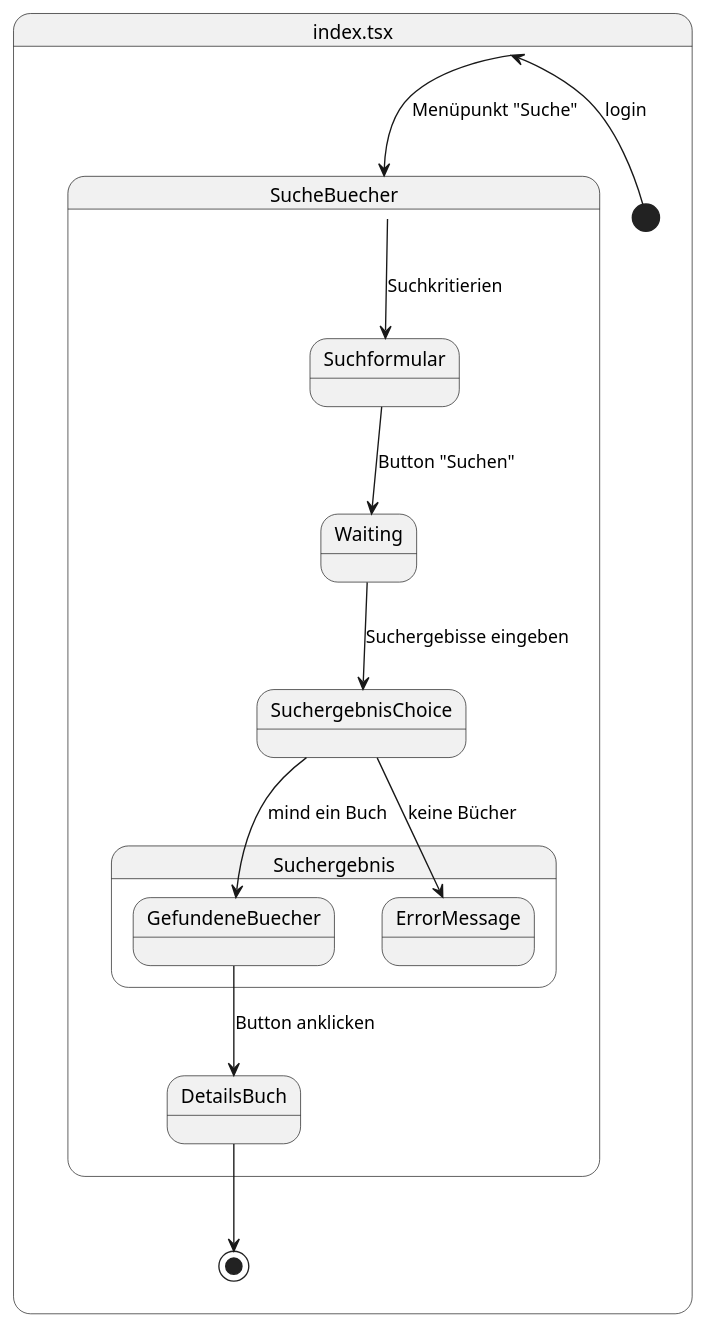
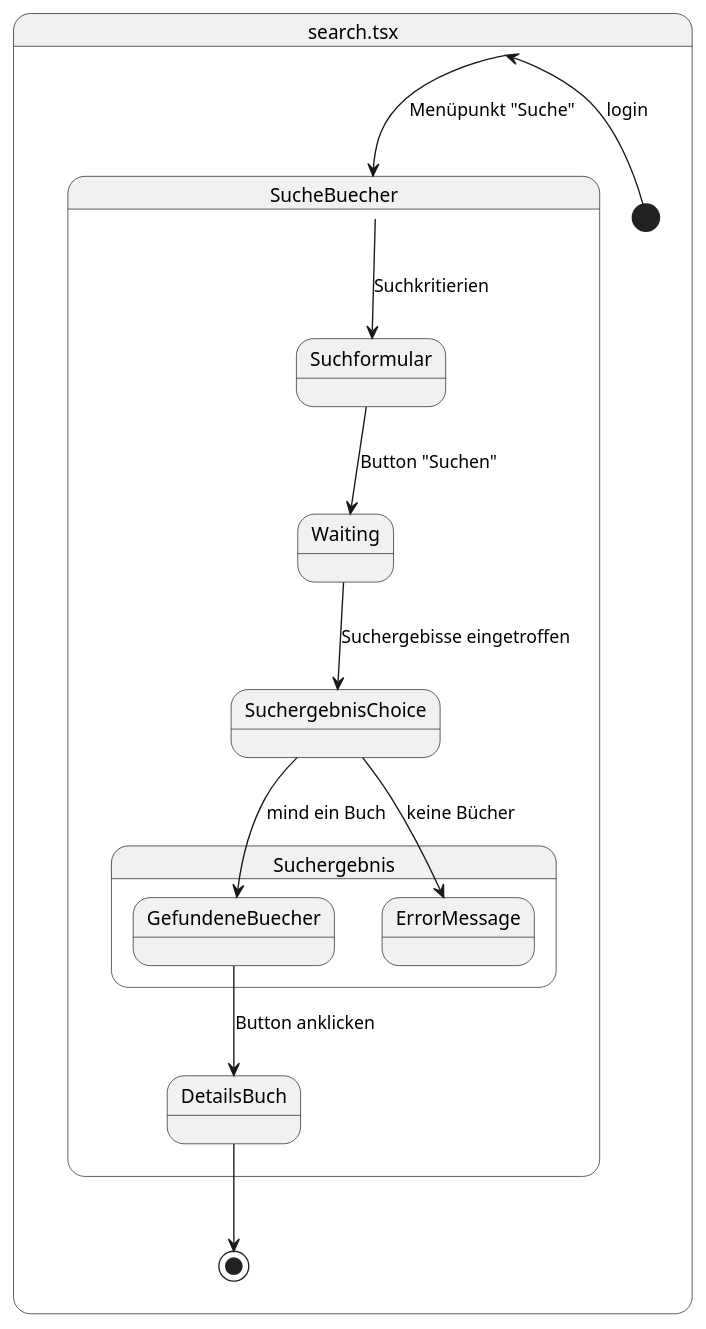
The diagram in .extras/doc/Projekthandbuch/buchSearch.plantuml (DrilonCS/FilmWeb), drawn with PlantUML before and after one commit.

Commit message:
PlantUml Fix

```diff
--- a/.extras/doc/Projekthandbuch/buchSearch.plantuml
+++ b/.extras/doc/Projekthandbuch/buchSearch.plantuml
@@ -1,26 +1,26 @@
 @startuml Zustandsdiagramm
 
-state "index.tsx" as index {
+state "search.tsx" as index {
   state "SucheBuecher" as SucheBuecher {
     state "Suchformular" as Suchformular
     state "Waiting" as Waiting
     state "SuchergebnisChoice" as SuchergebnisChoice
     state "Suchergebnis" as Suchergebnis {
       state "GefundeneBuecher" as GefundeneBuecher
       state "ErrorMessage" as ErrorMessage
     }
     state "DetailsBuch" as DetailsBuch
   }
 
   [*] --> index: login
   index --> SucheBuecher: Menüpunkt "Suche"
   SucheBuecher --> Suchformular: Suchkritierien
   Suchformular --> Waiting: Button "Suchen"
-  Waiting --> SuchergebnisChoice: Suchergebisse eingeben
+  Waiting --> SuchergebnisChoice: Suchergebisse eingetroffen
   SuchergebnisChoice --> GefundeneBuecher: mind ein Buch
   SuchergebnisChoice --> ErrorMessage: keine Bücher
   GefundeneBuecher --> DetailsBuch: Button anklicken
   DetailsBuch --> [*]
 }
 
 @enduml
```
